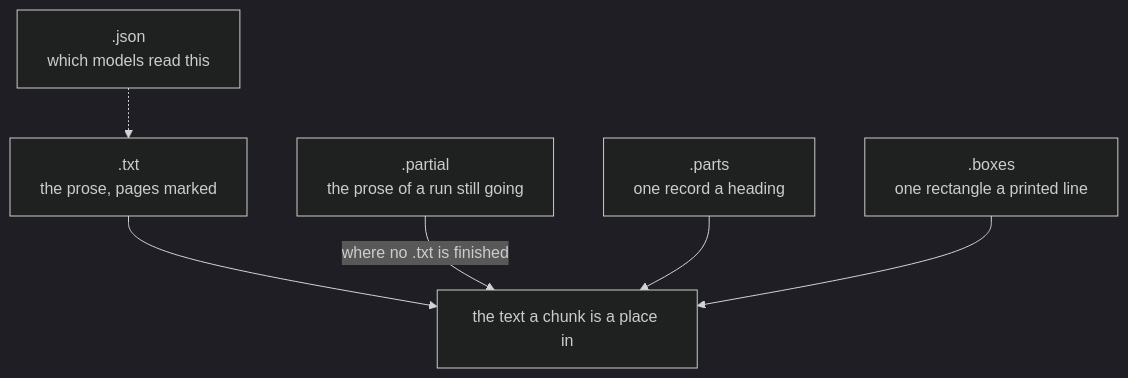
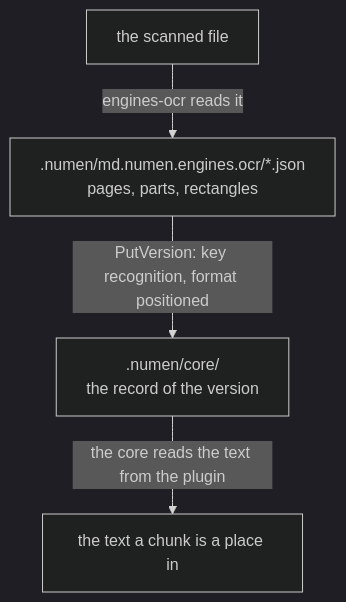
Before and after one commit to jiva-studio/numen: the diagram in docs/recognising.md, drawn with Mermaid (dark theme). The commit also changed other lines of this file and 14 other files, not shown here.

First line of the commit message:
docs: describe the plugins' own storage, commands and schemas in place of the core's old services

````diff
--- a/docs/recognising.md
+++ b/docs/recognising.md
@@ -21,15 +18,11 @@
 ```mermaid
 graph TD
-    TXT[".txt<br/>the prose, pages marked"]
-    PARTIAL[".partial<br/>the prose of a run still going"]
-    PARTS[".parts<br/>one record a heading"]
-    BOXES[".boxes<br/>one rectangle a printed line"]
-    BESIDE[".json<br/>which models read this"]
+    FILE["the scanned file"]
+    RECORD[".numen/md.numen.engines.ocr/*.json<br/>pages, parts, rectangles"]
+    VERSION[".numen/core/<br/>the record of the version"]
     TEXT["the text a chunk is a place in"]
 
-    TXT --> TEXT
-    PARTIAL -->|"where no .txt is finished"| TEXT
-    PARTS --> TEXT
-    BOXES --> TEXT
-    BESIDE -.-> TXT
+    FILE -->|"engines-ocr reads it"| RECORD
+    RECORD -->|"PutVersion: key recognition, format positioned"| VERSION
+    VERSION -->|"the core reads the text from the plugin"| TEXT
 ```
````
